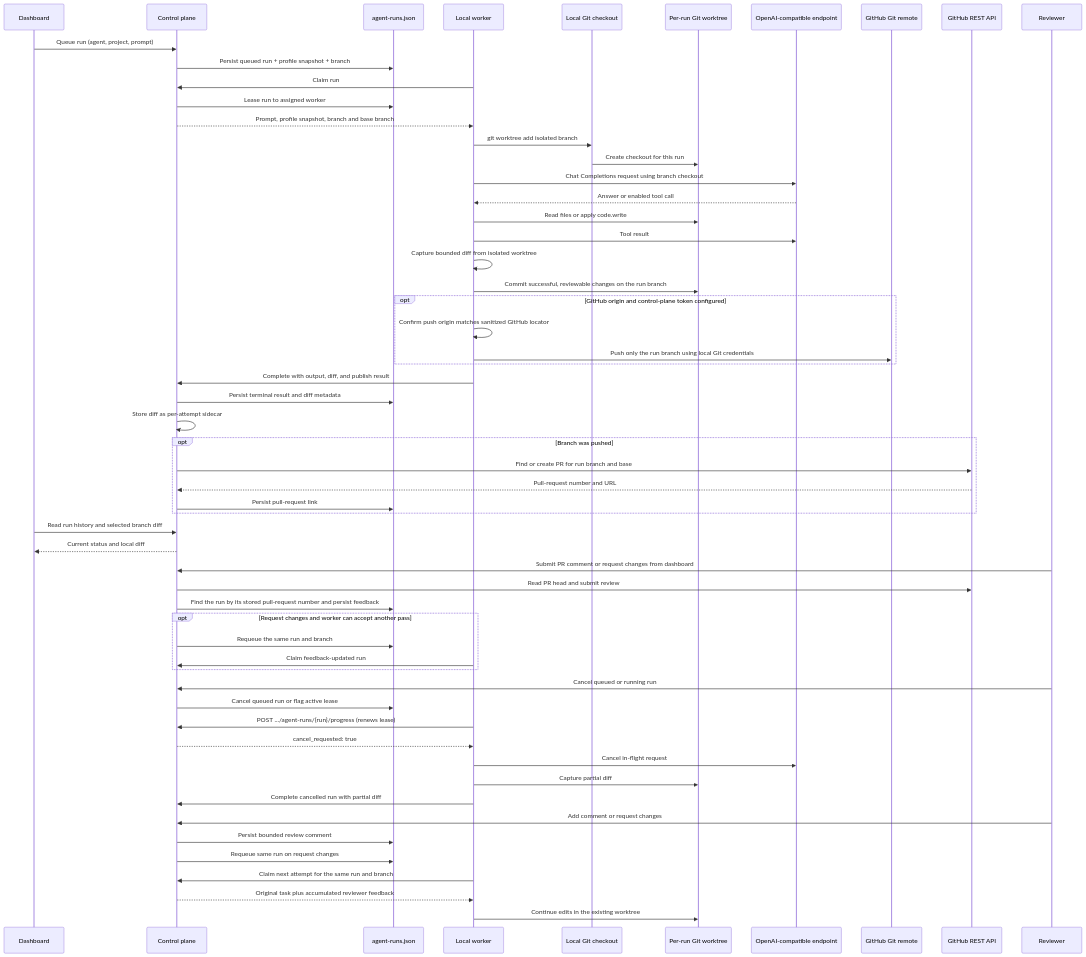
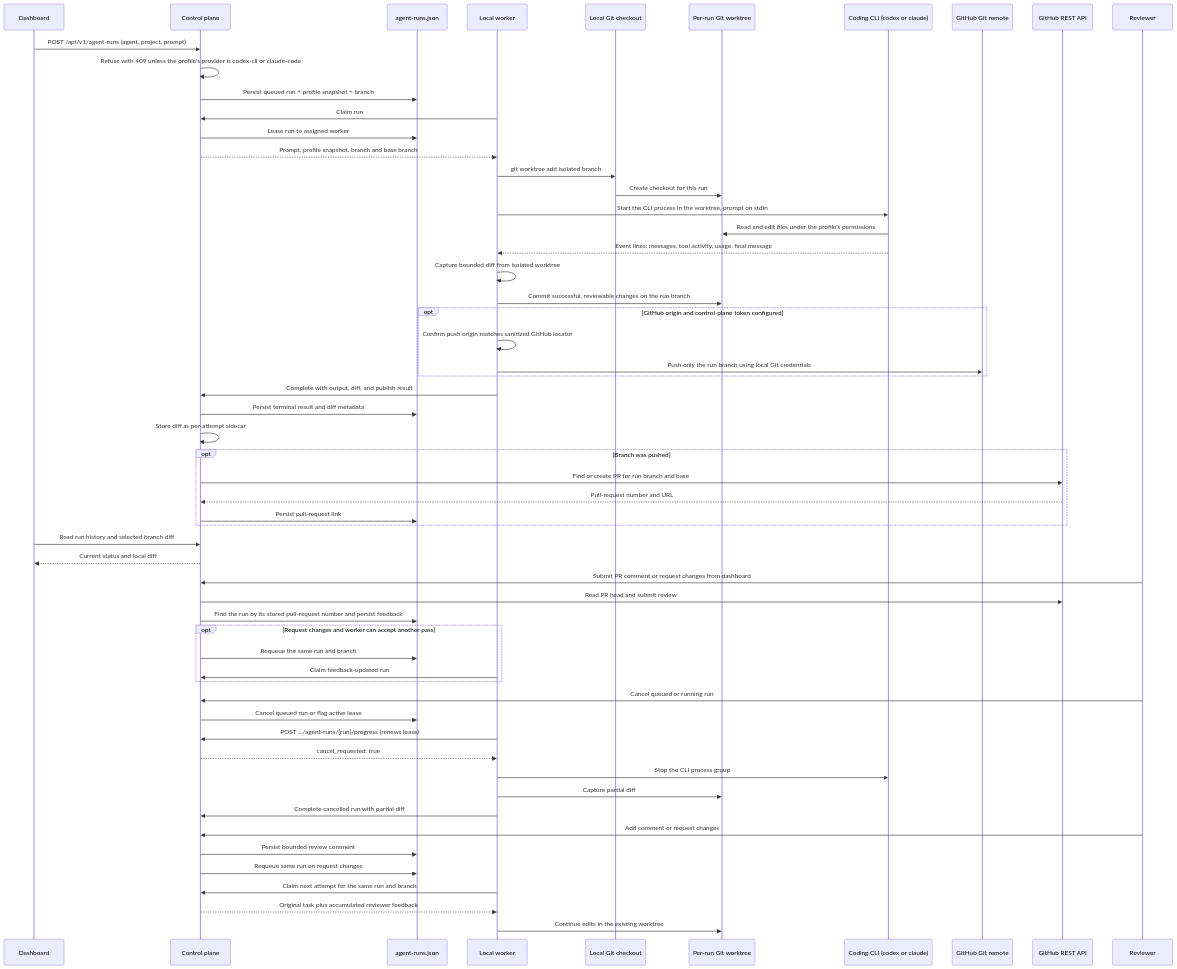
Before and after one commit to bogdaniel/zenchron-engineering-os: the diagram in docs/features/agent-run-queue.md, drawn with Mermaid. The commit also changed other lines of this file and 16 other files, not shown here.

First line of the commit message:
docs: record the removal of the chat loop and the worktree queue

````diff
--- a/docs/features/agent-run-queue.md
+++ b/docs/features/agent-run-queue.md
@@ -13,60 +14,60 @@
 ```mermaid
 sequenceDiagram
   participant UI as Dashboard
   participant API as Control plane
   participant Store as agent-runs.json
   participant Worker as Local worker
   participant Repo as Local Git checkout
   participant Branch as Per-run Git worktree
-  participant LLM as OpenAI-compatible endpoint
+  participant CLI as Coding CLI (codex or claude)
   participant Remote as GitHub Git remote
   participant GH as GitHub REST API
   participant Reviewer
-  UI->>API: Queue run (agent, project, prompt)
+  UI->>API: POST /api/v1/agent-runs (agent, project, prompt)
+  API->>API: Refuse with 409 unless the profile's provider is codex-cli or claude-code
   API->>Store: Persist queued run + profile snapshot + branch
   Worker->>API: Claim run
   API->>Store: Lease run to assigned worker
   API-->>Worker: Prompt, profile snapshot, branch and base branch
   Worker->>Repo: git worktree add isolated branch
   Repo->>Branch: Create checkout for this run
-  Worker->>LLM: Chat Completions request using branch checkout
-  LLM-->>Worker: Answer or enabled tool call
-  Worker->>Branch: Read files or apply code.write
-  Worker->>LLM: Tool result
+  Worker->>CLI: Start the CLI process in the worktree, prompt on stdin
+  CLI->>Branch: Read and edit files under the profile's permissions
+  CLI-->>Worker: Event lines: messages, tool activity, usage, final message
   Worker->>Worker: Capture bounded diff from isolated worktree
   Worker->>Branch: Commit successful, reviewable changes on the run branch
   opt GitHub origin and control-plane token configured
     Worker->>Worker: Confirm push origin matches sanitized GitHub locator
     Worker->>Remote: Push only the run branch using local Git credentials
   end
   Worker->>API: Complete with output, diff, and publish result
   API->>Store: Persist terminal result and diff metadata
   API->>API: Store diff as per-attempt sidecar
   opt Branch was pushed
     API->>GH: Find or create PR for run branch and base
     GH-->>API: Pull-request number and URL
     API->>Store: Persist pull-request link
   end
   UI->>API: Read run history and selected branch diff
   API-->>UI: Current status and local diff
   Reviewer->>API: Submit PR comment or request changes from dashboard
   API->>GH: Read PR head and submit review
   API->>Store: Find the run by its stored pull-request number and persist feedback
   opt Request changes and worker can accept another pass
     API->>Store: Requeue the same run and branch
     Worker->>API: Claim feedback-updated run
   end
   Reviewer->>API: Cancel queued or running run
   API->>Store: Cancel queued run or flag active lease
   Worker->>API: POST .../agent-runs/{run}/progress (renews lease)
   API-->>Worker: cancel_requested: true
-  Worker->>LLM: Cancel in-flight request
+  Worker->>CLI: Stop the CLI process group
   Worker->>Branch: Capture partial diff
   Worker->>API: Complete cancelled run with partial diff
   Reviewer->>API: Add comment or request changes
   API->>Store: Persist bounded review comment
   API->>Store: Requeue same run on request changes
   Worker->>API: Claim next attempt for the same run and branch
   API-->>Worker: Original task plus accumulated reviewer feedback
   Worker->>Branch: Continue edits in the existing worktree
 ```
````
